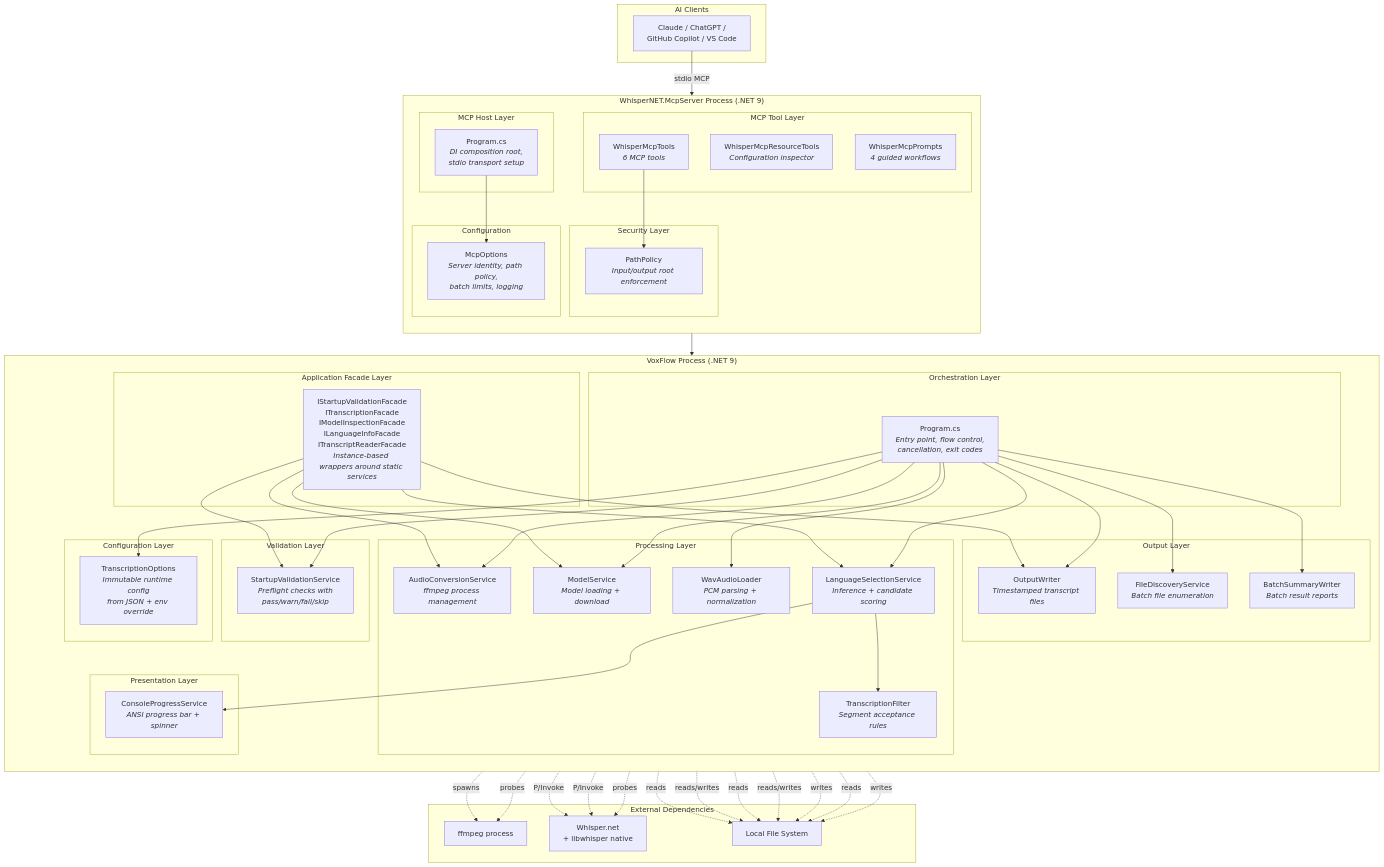
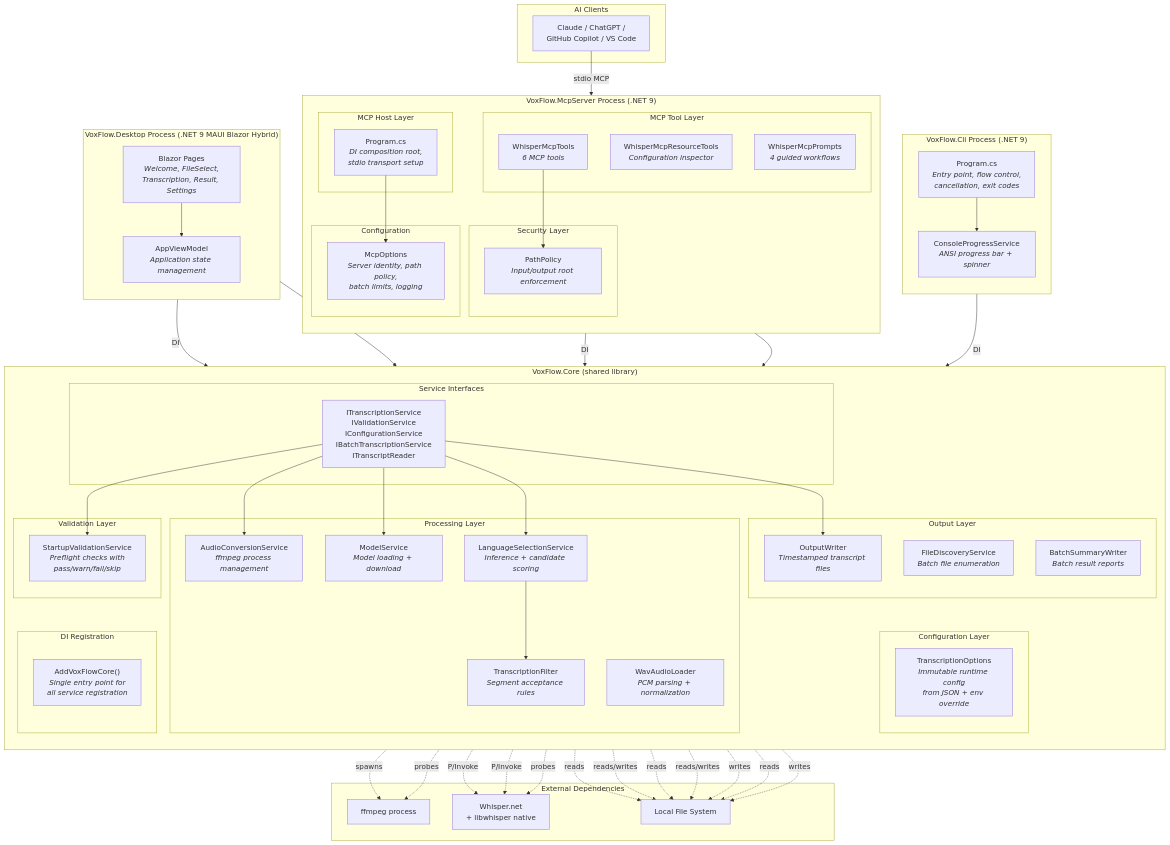
One commit to artemsemdev/VoxFlow changed the diagram in docs/architecture/02-container-view.md. Above: the diagram before and after it, drawn with Mermaid. The commit also changed other lines of this file and 7 other files, not shown here.

Commit message:
docs: update all architecture documents for Phase 1 multi-host architecture

````diff
--- a/docs/architecture/02-container-view.md
+++ b/docs/architecture/02-container-view.md
@@ -16,10 +18,10 @@
 ```mermaid
 flowchart TB
-    subgraph container["VoxFlow Process (.NET 9)"]
+    subgraph core_lib["VoxFlow.Core (shared library)"]
         direction TB
 
-        subgraph orchestration["Orchestration Layer"]
-            program["Program.cs<br/><i>Entry point, flow control,<br/>cancellation, exit codes</i>"]
+        subgraph core_interfaces["Service Interfaces"]
+            ifaces["ITranscriptionService<br/>IValidationService<br/>IConfigurationService<br/>IBatchTranscriptionService<br/>ITranscriptReader"]
         end
 
         subgraph config_layer["Configuration Layer"]
@@ -38,22 +40,24 @@
             filter["TranscriptionFilter<br/><i>Segment acceptance rules</i>"]
         end
 
-        subgraph facade_layer["Application Facade Layer"]
-            facades["IStartupValidationFacade<br/>ITranscriptionFacade<br/>IModelInspectionFacade<br/>ILanguageInfoFacade<br/>ITranscriptReaderFacade<br/><i>Instance-based wrappers around static services</i>"]
-        end
-
         subgraph output_layer["Output Layer"]
             writer["OutputWriter<br/><i>Timestamped transcript files</i>"]
             discovery["FileDiscoveryService<br/><i>Batch file enumeration</i>"]
             summary["BatchSummaryWriter<br/><i>Batch result reports</i>"]
         end
 
-        subgraph presentation["Presentation Layer"]
-            progress["ConsoleProgressService<br/><i>ANSI progress bar + spinner</i>"]
+        subgraph di_reg["DI Registration"]
+            addcore["AddVoxFlowCore()<br/><i>Single entry point for<br/>all service registration</i>"]
         end
     end
 
-    subgraph mcp_container["WhisperNET.McpServer Process (.NET 9)"]
+    subgraph cli_container["VoxFlow.Cli Process (.NET 9)"]
+        direction TB
+        cli_program["Program.cs<br/><i>Entry point, flow control,<br/>cancellation, exit codes</i>"]
+        cli_progress["ConsoleProgressService<br/><i>ANSI progress bar + spinner</i>"]
+    end
+
+    subgraph mcp_container["VoxFlow.McpServer Process (.NET 9)"]
         direction TB
 
         subgraph mcp_host["MCP Host Layer"]
@@ -75,6 +79,12 @@
         end
     end
 
+    subgraph desktop_container["VoxFlow.Desktop Process (.NET 9 MAUI Blazor Hybrid)"]
+        direction TB
+        desktop_vm["AppViewModel<br/><i>Application state management</i>"]
+        desktop_pages["Blazor Pages<br/><i>Welcome, FileSelect,<br/>Transcription, Result, Settings</i>"]
+    end
+
     subgraph external["External Dependencies"]
         ffmpeg["ffmpeg process"]
         whisper["Whisper.net<br/>+ libwhisper native"]
@@ -85,27 +95,26 @@
         ai["Claude / ChatGPT /<br/>GitHub Copilot / VS Code"]
     end
 
-    program --> options
-    program --> startup
-    program --> convert
-    program --> model
-    program --> loader
-    program --> lang
-    program --> writer
-    program --> discovery
-    program --> summary
-    lang --> filter
-    lang --> progress
+    cli_program -->|DI| addcore
+    mcp_program -->|DI| addcore
+    desktop_vm -->|DI| addcore
 
+    cli_program --> cli_progress
     ai -->|stdio MCP| mcp_program
     mcp_program --> mcp_options
     tools --> pathpolicy
-    tools --> facades
-    facades --> startup
-    facades --> convert
-    facades --> model
-    facades --> lang
-    facades --> writer
+    tools --> ifaces
+
+    desktop_pages --> desktop_vm
+    desktop_vm --> ifaces
+
+    ifaces --> startup
+    ifaces --> convert
+    ifaces --> model
+    ifaces --> lang
+    ifaces --> writer
+
+    lang --> filter
 
     convert -.->|spawns| ffmpeg
     model -.->|P/Invoke| whisper
````
